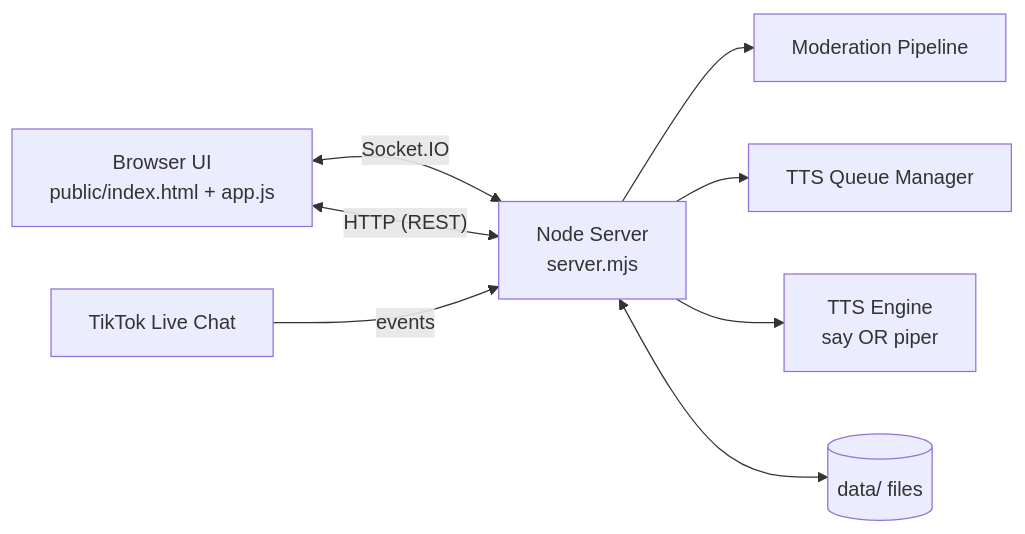
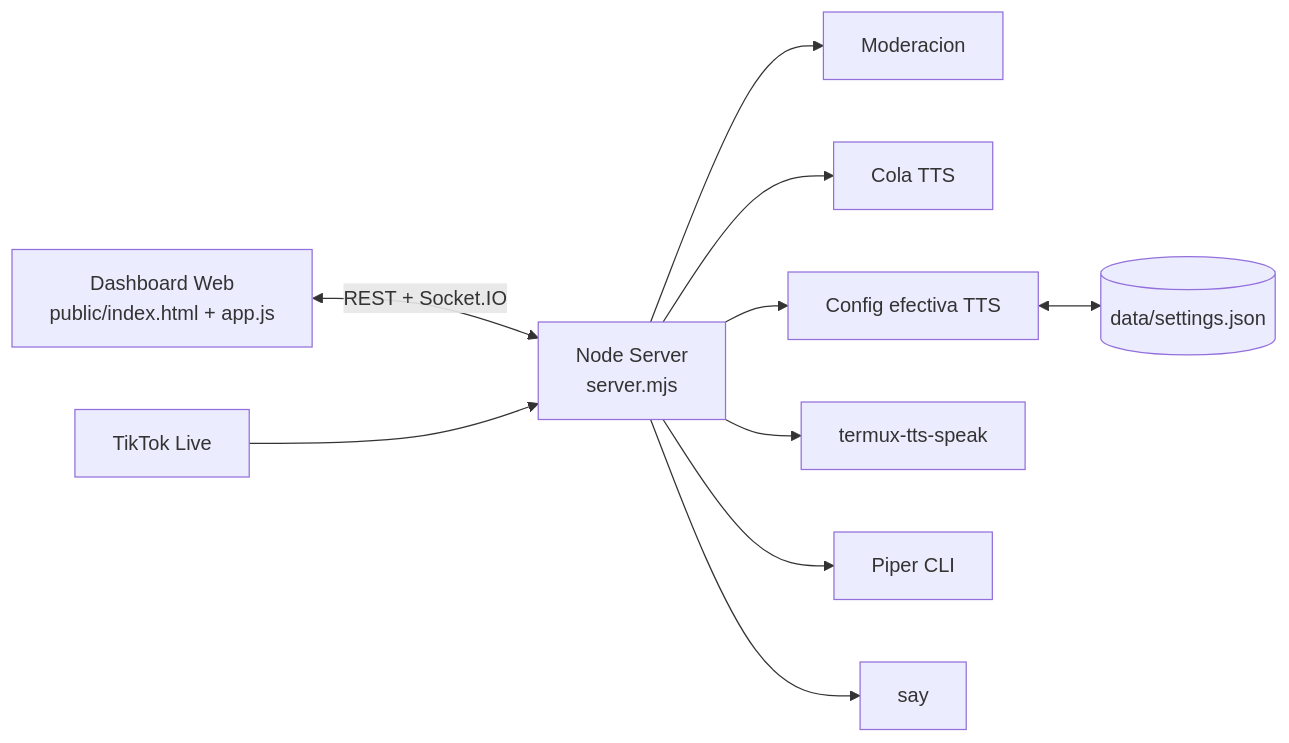
The first of 3 diagrams in README.md (yorologo/TikTok_TTS_Control), drawn with Mermaid before and after one commit. The commit also changed other lines of this file and 7 other files, not shown here.

Commit message:
feat(tts): refactor Termux/Android audio config, add validation APIs and refresh README

````diff
--- a/README.md
+++ b/README.md
@@ -58,12 +15,12 @@
 ```mermaid
 flowchart LR
-  UI[Browser UI<br/>public/index.html + app.js] <-- Socket.IO --> S[Node Server<br/>server.mjs]
-  UI <-- HTTP (REST) --> S
-
-  S --> M[Moderation Pipeline]
-  S --> Q[TTS Queue Manager]
-  S --> TTS["TTS Engine<br/>say OR piper"]
-  S <--> FS[(data/ files)]
-
-  TikTok[TikTok Live Chat] -->|events| S
+  UI[Dashboard Web<br/>public/index.html + app.js] <-->|REST + Socket.IO| API[Node Server<br/>server.mjs]
+  API --> MOD[Moderacion]
+  API --> QUEUE[Cola TTS]
+  API --> CFG[Config efectiva TTS]
+  CFG <--> FS[(data/settings.json)]
+  API --> TERMUX[termux-tts-speak]
+  API --> PIPER[Piper CLI]
+  API --> SAY[say]
+  TIKTOK[TikTok Live] --> API
 ```
````
